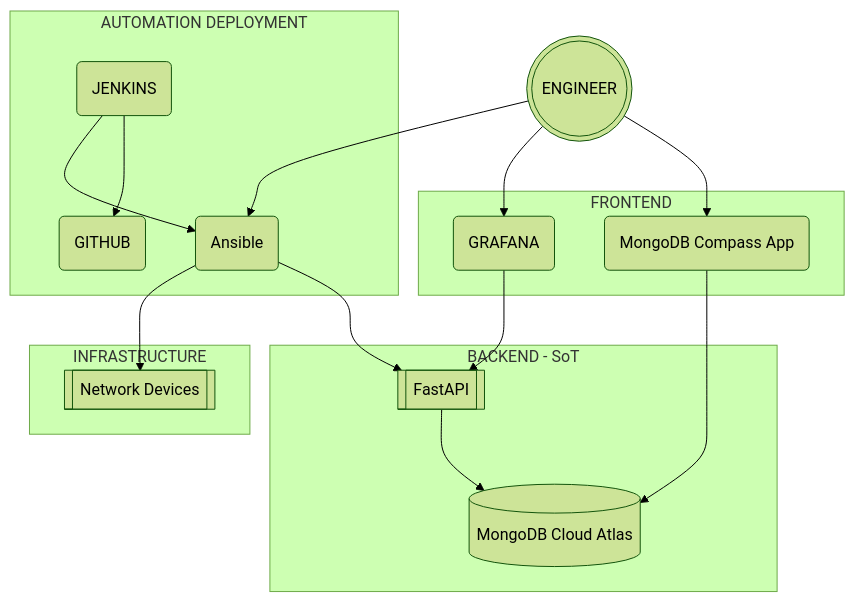
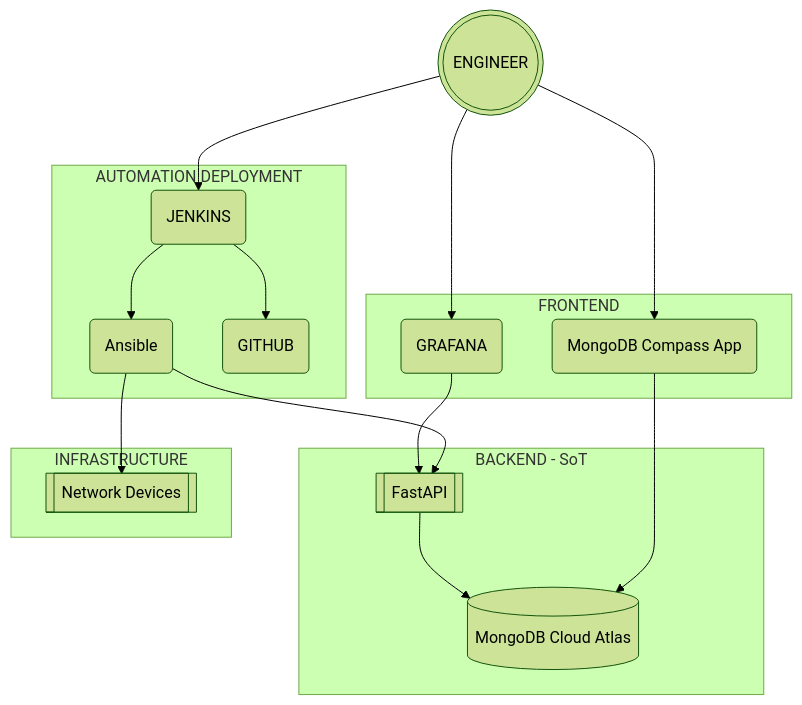
Before and after one commit to jnaranjom/iac_network_deployment: the diagram in diagrams/automation_framework.md, drawn with Mermaid (forest theme).

````diff
--- a/diagrams/automation_framework.md
+++ b/diagrams/automation_framework.md
@@ -3,31 +3,31 @@
 ```mermaid
 flowchart TB
     A[(MongoDB Cloud Atlas)]
     B[[FastAPI]]
     C(MongoDB Compass App)
     D(Ansible)
     E[[Network Devices]]
     F(((ENGINEER)))
     G(GRAFANA)
     H(JENKINS)
     I(GITHUB)
     subgraph BACKEND - SoT
         B --> A
     end
     subgraph FRONTEND
         C --> A
         
         G --> B
     end
     F --> C
-    F --> D
+    F --> H
     F --> G
     subgraph AUTOMATION DEPLOYMENT
         D --> B
         H --> I
         H --> D
     end
     subgraph INFRASTRUCTURE
         D --> E
     end
 ```
````
